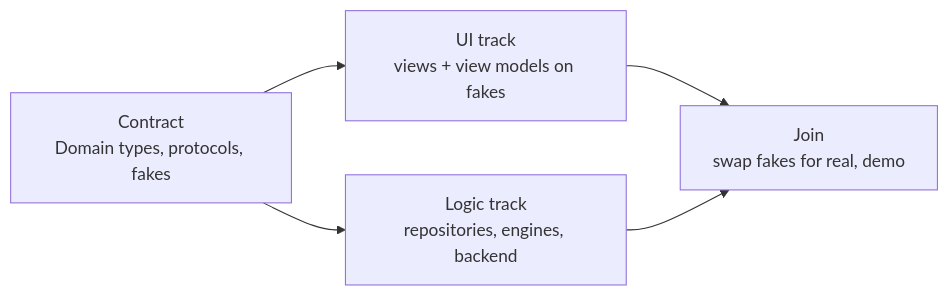
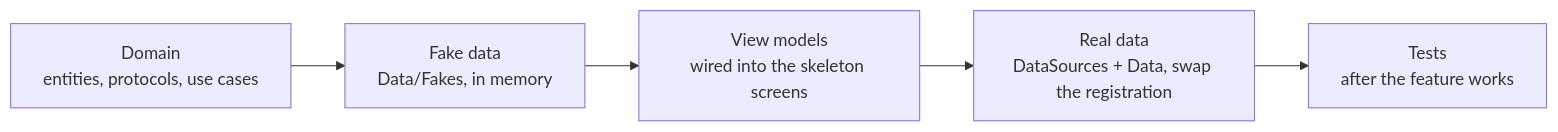
One commit to DAMHONGDUC/site-log-ios changed the first of 2 diagrams in ROADMAP.md. Above: the diagram before and after it, drawn with Mermaid. The commit also changed other lines of this file and 35 other files, not shown here.

First line of the commit message:
docs: guides - one guide per feature, fakes only in the data layer

````diff
--- a/ROADMAP.md
+++ b/ROADMAP.md
@@ -24,7 +31,7 @@
 ```mermaid
 flowchart LR
-    C["Contract<br/>Domain types, protocols, fakes"] --> U["UI track<br/>views + view models on fakes"]
-    C --> L["Logic track<br/>repositories, engines, backend"]
-    U --> J["Join<br/>swap fakes for real, demo"]
-    L --> J
+    D["Domain<br/>entities, protocols, use cases"] --> F["Fake data<br/>Data/Fakes, in memory"]
+    F --> V["View models<br/>wired into the skeleton screens"]
+    V --> R["Real data<br/>DataSources + Data, swap the registration"]
+    R --> T["Tests<br/>after the feature works"]
 ```
````
